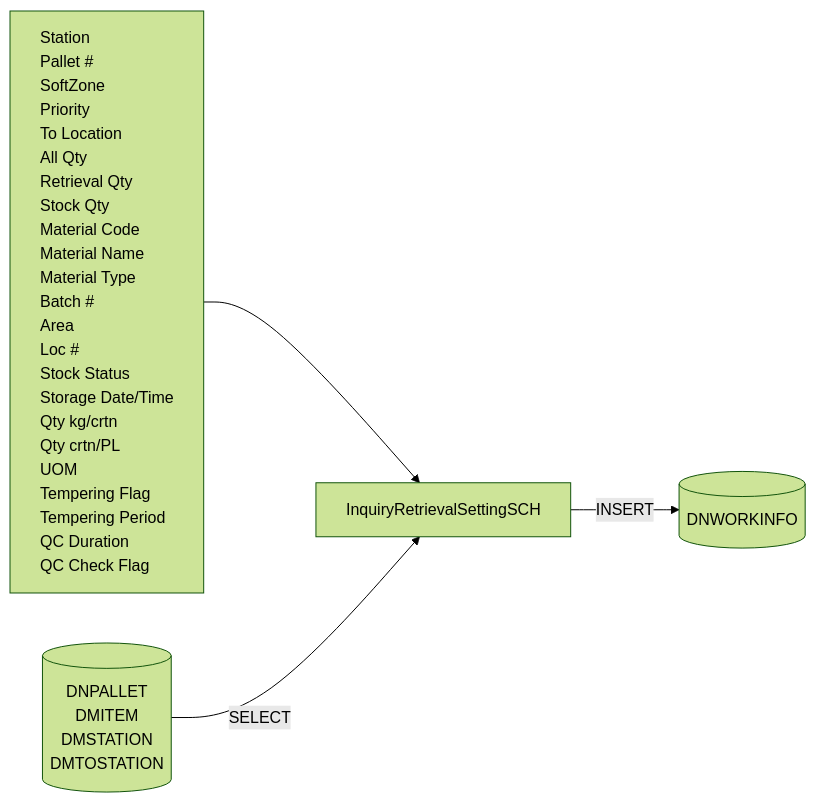
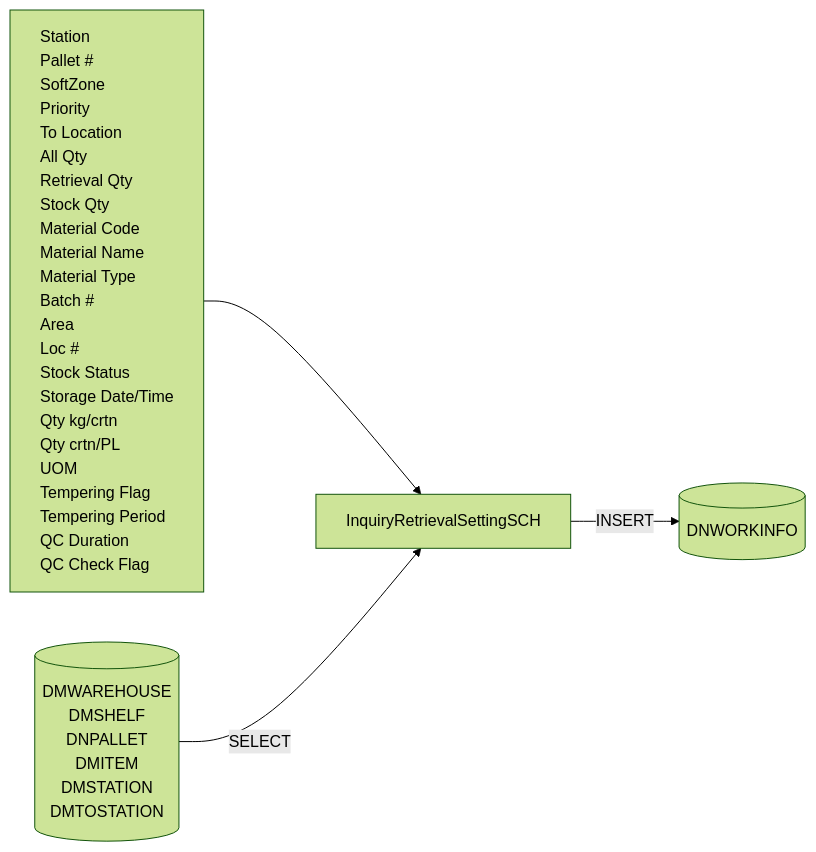
Before and after one commit to luthfiadityaa/SimeDarby-Wiki: the third of 9 diagrams in Basic-Design/DFD-WMS/Retrieval/Unplanned-Retrieval-from-HP-Area.md, drawn with Mermaid (forest theme). The commit also changed other lines of this file, not shown here.

Commit message:
Updated Unplanned Retrieval from HP Area

```diff
--- a/Basic-Design/DFD-WMS/Retrieval/Unplanned-Retrieval-from-HP-Area.md
+++ b/Basic-Design/DFD-WMS/Retrieval/Unplanned-Retrieval-from-HP-Area.md
@@ -92,47 +92,49 @@
 ::: mermaid
 flowchart LR
     input[
         Station
         Pallet #
         SoftZone
         Priority
         To Location
         All Qty
         Retrieval Qty
         Stock Qty
         Material Code
         Material Name
         Material Type
         Batch #
         Area
         Loc #
         Stock Status
         Storage Date/Time
         Qty kg/crtn
         Qty crtn/PL
         UOM
         Tempering Flag
         Tempering Period
         QC Duration
         QC Check Flag
     ]
 
     tableList-insert[("
         DNWORKINFO
     ")]
 
      tableList-select[("
+        DMWAREHOUSE
+        DMSHELF
         DNPALLET
         DMITEM
         DMSTATION
         DMTOSTATION
     ")]
 
     className[InquiryRetrievalSettingSCH]
 
     input --> className --> |INSERT| tableList-insert
     tableList-select --> |SELECT| className
 
     classDef leftAlign text-align:left;
     class input leftAlign;
 :::
```
